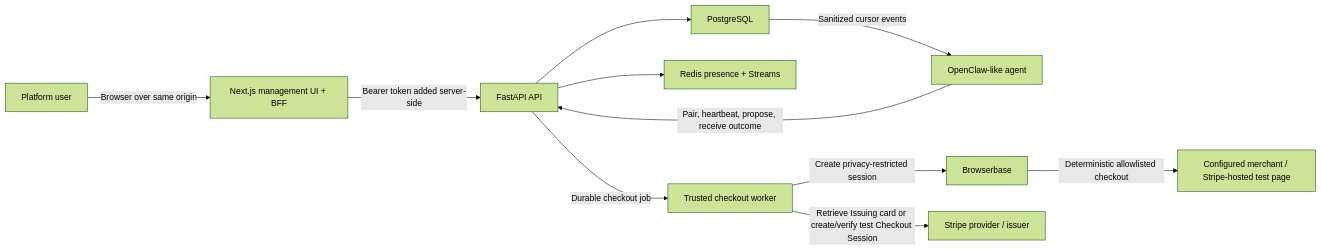
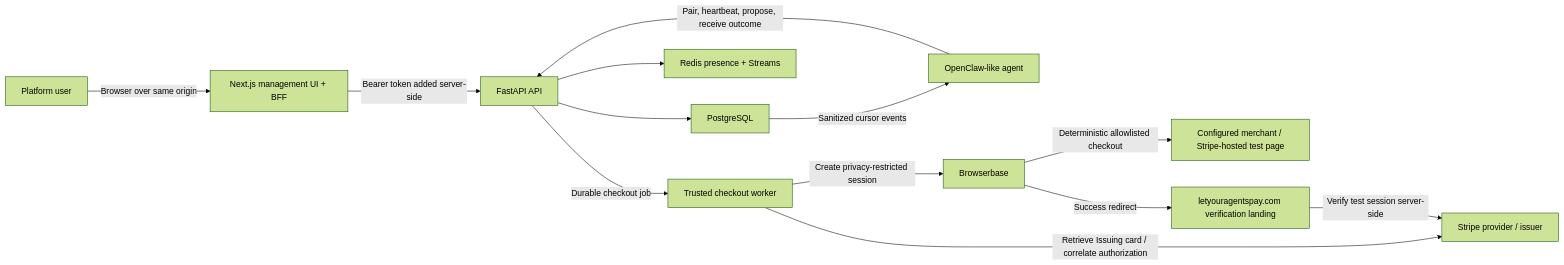
The first of 3 diagrams in docs/architecture.md (AG-Pay-Labs/ag-pay), drawn with Mermaid (forest theme) before and after one commit. The commit also changed other lines of this file and 12 other files, not shown here.

````diff
--- a/docs/architecture.md
+++ b/docs/architecture.md
@@ -7,13 +7,15 @@
 ```mermaid
 flowchart LR
     U["Platform user"] -->|"Browser over same origin"| WEB["Next.js management UI + BFF"]
     WEB -->|"Bearer token added server-side"| API["FastAPI API"]
     A["OpenClaw-like agent"] -->|"Pair, heartbeat, propose, receive outcome"| API
     API --> PG["PostgreSQL"]
     API --> R["Redis presence + Streams"]
     API -->|"Durable checkout job"| W["Trusted checkout worker"]
     W -->|"Create privacy-restricted session"| BB["Browserbase"]
-    W -->|"Retrieve Issuing card or create/verify test Checkout Session"| PSP["Stripe provider / issuer"]
+    W -->|"Retrieve Issuing card / correlate authorization"| PSP["Stripe provider / issuer"]
     BB -->|"Deterministic allowlisted checkout"| M["Configured merchant / Stripe-hosted test page"]
+    BB -->|"Success redirect"| L["letyouragentspay.com verification landing"]
+    L -->|"Verify test session server-side"| PSP
     PG -->|"Sanitized cursor events"| A
 ```
````
